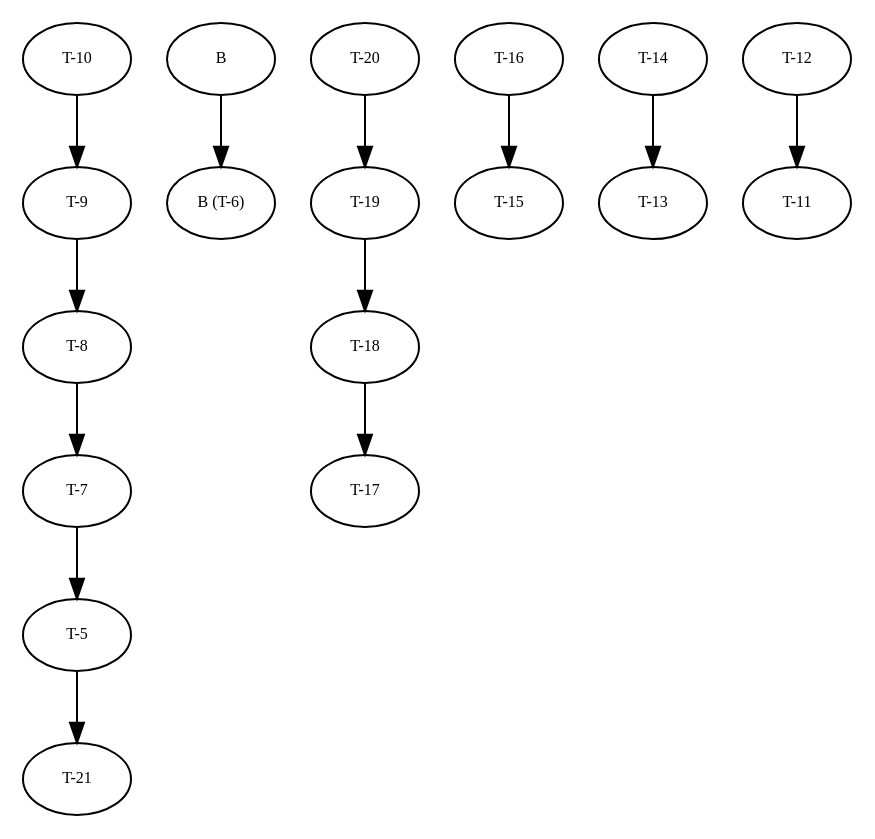
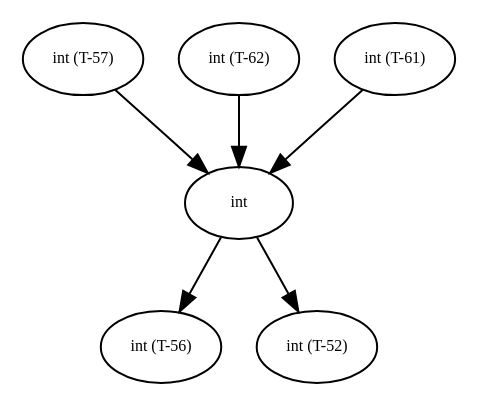
Before and after one commit to amso100/livescript-declarations: the diagram in graphs/debug_tree0.dot, drawn with Graphviz. The commit also changed 8 other files, not shown here.

```diff
--- a/graphs/debug_tree0.dot
+++ b/graphs/debug_tree0.dot
@@ -1,139 +1,51 @@
 digraph RGL__DirectedAdjacencyGraph {
-    "T-5" [
+    "int (T-57)" [
         fontsize = 8,
-        label = "T-5"
+        label = "int (T-57)"
     ]
 
-    "T-21" [
+    int [
         fontsize = 8,
-        label = "T-21"
+        label = int
     ]
 
-    B [
+    "int (T-56)" [
         fontsize = 8,
-        label = B
+        label = "int (T-56)"
     ]
 
-    "B (T-6)" [
+    "int (T-52)" [
         fontsize = 8,
-        label = "B (T-6)"
+        label = "int (T-52)"
     ]
 
-    "T-7" [
+    "int (T-62)" [
         fontsize = 8,
-        label = "T-7"
+        label = "int (T-62)"
     ]
 
-    "T-20" [
+    "int (T-61)" [
         fontsize = 8,
-        label = "T-20"
+        label = "int (T-61)"
     ]
 
-    "T-19" [
-        fontsize = 8,
-        label = "T-19"
-    ]
-
-    "T-18" [
-        fontsize = 8,
-        label = "T-18"
-    ]
-
-    "T-17" [
-        fontsize = 8,
-        label = "T-17"
-    ]
-
-    "T-16" [
-        fontsize = 8,
-        label = "T-16"
-    ]
-
-    "T-15" [
-        fontsize = 8,
-        label = "T-15"
-    ]
-
-    "T-14" [
-        fontsize = 8,
-        label = "T-14"
-    ]
-
-    "T-13" [
-        fontsize = 8,
-        label = "T-13"
-    ]
-
-    "T-12" [
-        fontsize = 8,
-        label = "T-12"
-    ]
-
-    "T-11" [
-        fontsize = 8,
-        label = "T-11"
-    ]
-
-    "T-10" [
-        fontsize = 8,
-        label = "T-10"
-    ]
-
-    "T-9" [
-        fontsize = 8,
-        label = "T-9"
-    ]
-
-    "T-8" [
-        fontsize = 8,
-        label = "T-8"
-    ]
-
-    "T-5" -> "T-21" [
+    "int (T-57)" -> int [
         fontsize = 8
     ]
 
-    B -> "B (T-6)" [
+    int -> "int (T-56)" [
         fontsize = 8
     ]
 
-    "T-7" -> "T-5" [
+    int -> "int (T-52)" [
         fontsize = 8
     ]
 
-    "T-20" -> "T-19" [
+    "int (T-62)" -> int [
         fontsize = 8
     ]
 
-    "T-19" -> "T-18" [
-        fontsize = 8
-    ]
-
-    "T-18" -> "T-17" [
-        fontsize = 8
-    ]
-
-    "T-16" -> "T-15" [
-        fontsize = 8
-    ]
-
-    "T-14" -> "T-13" [
-        fontsize = 8
-    ]
-
-    "T-12" -> "T-11" [
-        fontsize = 8
-    ]
-
-    "T-10" -> "T-9" [
-        fontsize = 8
-    ]
-
-    "T-9" -> "T-8" [
-        fontsize = 8
-    ]
-
-    "T-8" -> "T-7" [
+    "int (T-61)" -> int [
         fontsize = 8
     ]
 }
```
